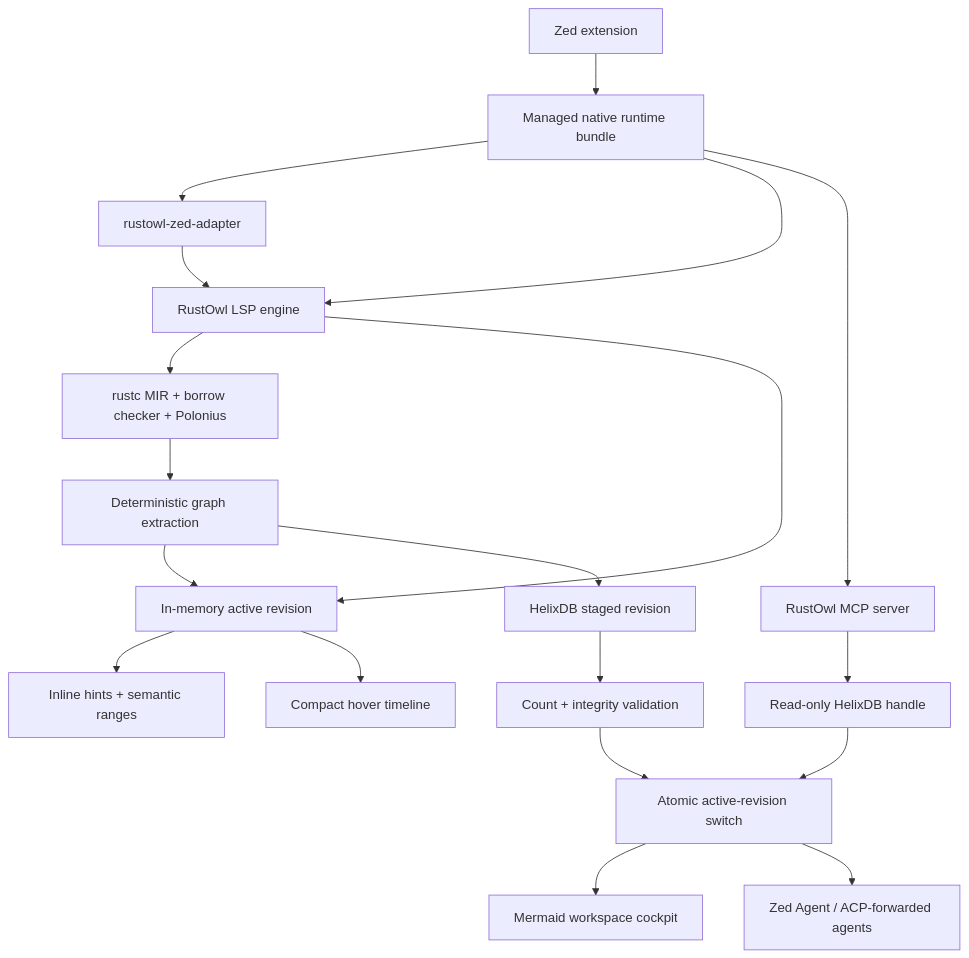
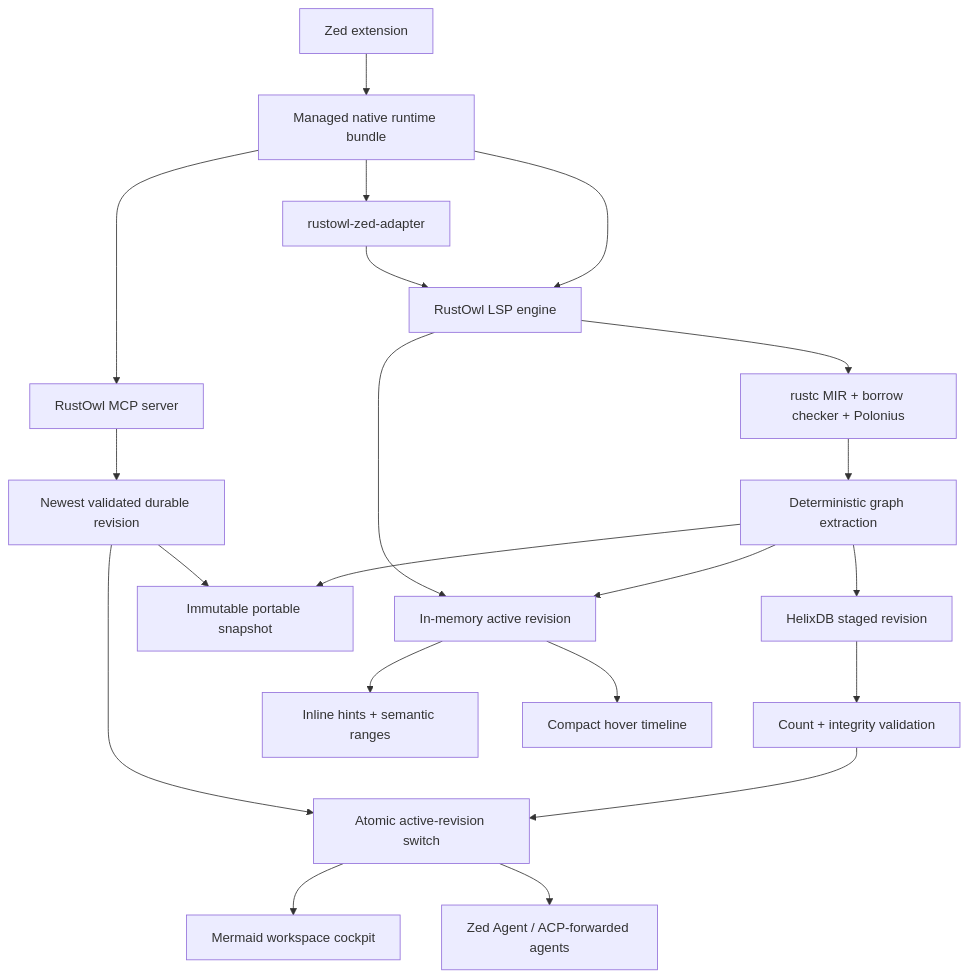
The first of 2 diagrams in docs/ownership-cockpit-roadmap.md (rusty-auth/rustowl-zed), drawn with Mermaid before and after one commit. The commit also changed other lines of this file and 21 other files, not shown here.

````diff
--- a/docs/ownership-cockpit-roadmap.md
+++ b/docs/ownership-cockpit-roadmap.md
@@ -84,24 +86,26 @@
 ```mermaid
 flowchart TB
     EXT["Zed extension"] --> RUNTIME["Managed native runtime bundle"]
     RUNTIME --> ADAPTER["rustowl-zed-adapter"]
     RUNTIME --> ENGINE["RustOwl LSP engine"]
     RUNTIME --> MCP["RustOwl MCP server"]
 
     ENGINE --> RUSTC["rustc MIR + borrow checker + Polonius"]
     RUSTC --> EXTRACT["Deterministic graph extraction"]
     EXTRACT --> MEMORY["In-memory active revision"]
+    EXTRACT --> PORTABLE["Immutable portable snapshot"]
     EXTRACT --> STAGE["HelixDB staged revision"]
     STAGE --> VALIDATE["Count + integrity validation"]
     VALIDATE --> ACTIVE["Atomic active-revision switch"]
 
     ADAPTER --> ENGINE
     ENGINE --> MEMORY
-    MCP --> READER["Read-only HelixDB handle"]
+    MCP --> READER["Newest validated durable revision"]
     READER --> ACTIVE
+    READER --> PORTABLE
 
     MEMORY --> INLINE["Inline hints + semantic ranges"]
     MEMORY --> HOVER["Compact hover timeline"]
     ACTIVE --> COCKPIT["Mermaid workspace cockpit"]
     ACTIVE --> AGENT["Zed Agent / ACP-forwarded agents"]
 ```
````
